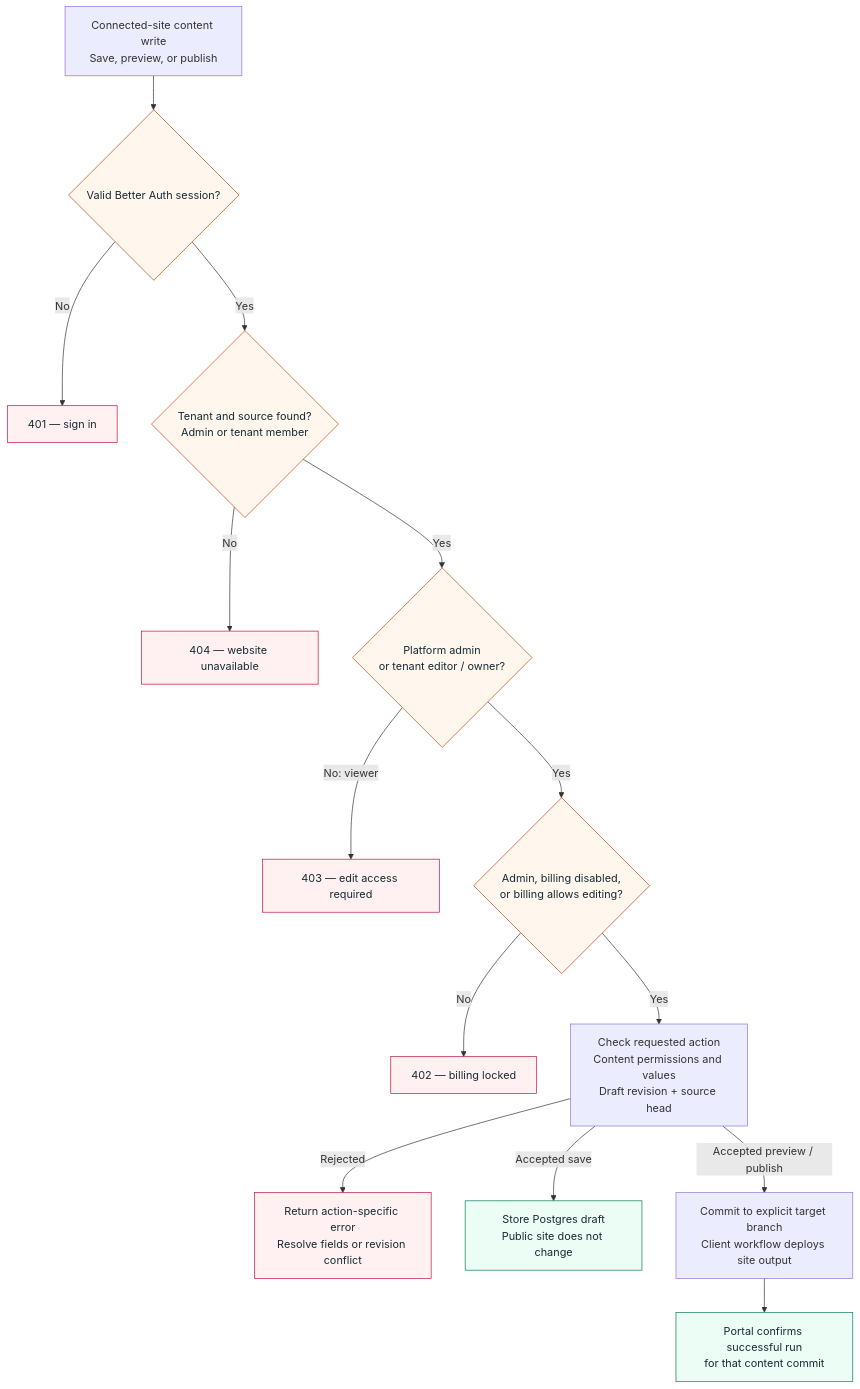
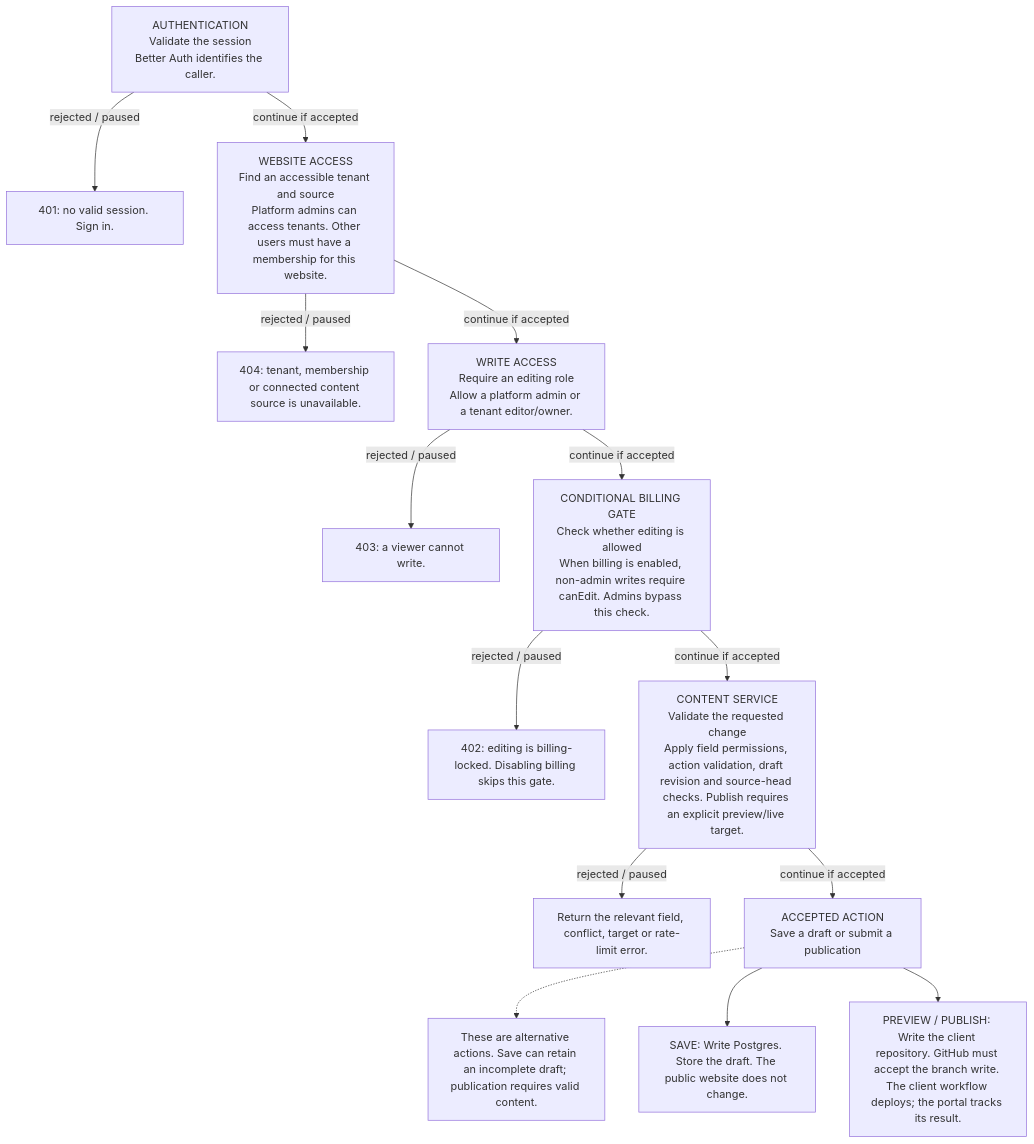
One commit to JadenRazo/raizhost-architecture changed the diagram in diagrams/portal-authorization.mmd. Above: the diagram before and after it, drawn with Mermaid. The commit also changed 37 other files, not shown here.

Commit message:
docs: make architecture journeys readable on desktop and mobile (#8)

```diff
--- a/diagrams/portal-authorization.mmd
+++ b/diagrams/portal-authorization.mmd
@@ -1,22 +1,23 @@
+%% Generated by journeys.py from journeys.json; do not edit this sketch.
+%% The companion SVG uses staged layouts for human reading.
+%% A visible button is not authorization. The server applies the same checks to direct API calls.
 flowchart TB
-  request["Connected-site content write<br/>Save, preview, or publish"]
-  request --> session{"Valid Better Auth session?"}
-  session -->|"No"| unauthenticated["401 — sign in"]
-  session -->|"Yes"| tenant{"Tenant and source found?<br/>Admin or tenant member"}
-  tenant -->|"No"| missing["404 — website unavailable"]
-  tenant -->|"Yes"| role{"Platform admin<br/>or tenant editor / owner?"}
-  role -->|"No: viewer"| forbidden["403 — edit access required"]
-  role -->|"Yes"| billing{"Admin, billing disabled,<br/>or billing allows editing?"}
-  billing -->|"No"| locked["402 — billing locked"]
-  billing -->|"Yes"| validate["Check requested action<br/>Content permissions and values<br/>Draft revision + source head"]
-  validate -->|"Rejected"| rejected["Return action-specific error<br/>Resolve fields or revision conflict"]
-  validate -->|"Accepted save"| draft["Store Postgres draft<br/>Public site does not change"]
-  validate -->|"Accepted preview / publish"| commit["Commit to explicit target branch<br/>Client workflow deploys site output"]
-  commit --> confirmed["Portal confirms successful run<br/>for that content commit"]
-
-  classDef gate fill:#fff7ed,stroke:#c2410c,color:#172b35
-  classDef denied fill:#fff1f2,stroke:#be123c,color:#172b35
-  classDef result fill:#ecfdf5,stroke:#047857,color:#172b35
-  class session,tenant,role,billing gate
-  class unauthenticated,missing,forbidden,locked,rejected denied
-  class draft,confirmed result
+  s1["AUTHENTICATION<br/>Validate the session<br/>Better Auth identifies the caller."]
+  s1 -->|"rejected / paused"| s1_stop["401: no valid session. Sign in."]
+  s1 -->|"continue if accepted"| s2
+  s2["WEBSITE ACCESS<br/>Find an accessible tenant and source<br/>Platform admins can access tenants. Other users must have a membership for this website."]
+  s2 -->|"rejected / paused"| s2_stop["404: tenant, membership or connected content source is unavailable."]
+  s2 -->|"continue if accepted"| s3
+  s3["WRITE ACCESS<br/>Require an editing role<br/>Allow a platform admin or a tenant editor/owner."]
+  s3 -->|"rejected / paused"| s3_stop["403: a viewer cannot write."]
+  s3 -->|"continue if accepted"| s4
+  s4["CONDITIONAL BILLING GATE<br/>Check whether editing is allowed<br/>When billing is enabled, non-admin writes require canEdit. Admins bypass this check."]
+  s4 -->|"rejected / paused"| s4_stop["402: editing is billing-locked. Disabling billing skips this gate."]
+  s4 -->|"continue if accepted"| s5
+  s5["CONTENT SERVICE<br/>Validate the requested change<br/>Apply field permissions, action validation, draft revision and source-head checks. Publish requires an explicit preview/live target."]
+  s5 -->|"rejected / paused"| s5_stop["Return the relevant field, conflict, target or rate-limit error."]
+  s5 -->|"continue if accepted"| s6
+  s6["ACCEPTED ACTION<br/>Save a draft or submit a publication"]
+  s6 -.-> s6_note["These are alternative actions. Save can retain an incomplete draft; publication requires valid content."]
+  s6 --> s6_0["SAVE: Write Postgres. Store the draft. The public website does not change."]
+  s6 --> s6_1["PREVIEW / PUBLISH: Write the client repository. GitHub must accept the branch write. The client workflow deploys; the portal tracks its result."]
```
